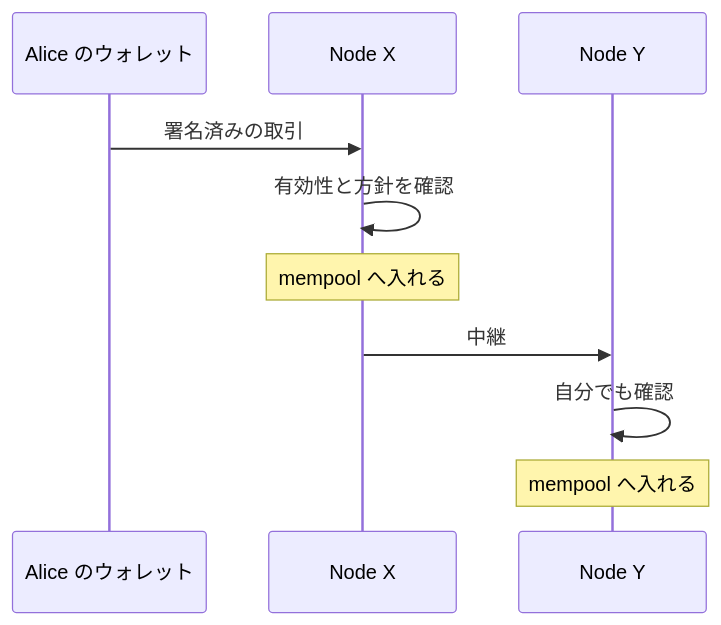
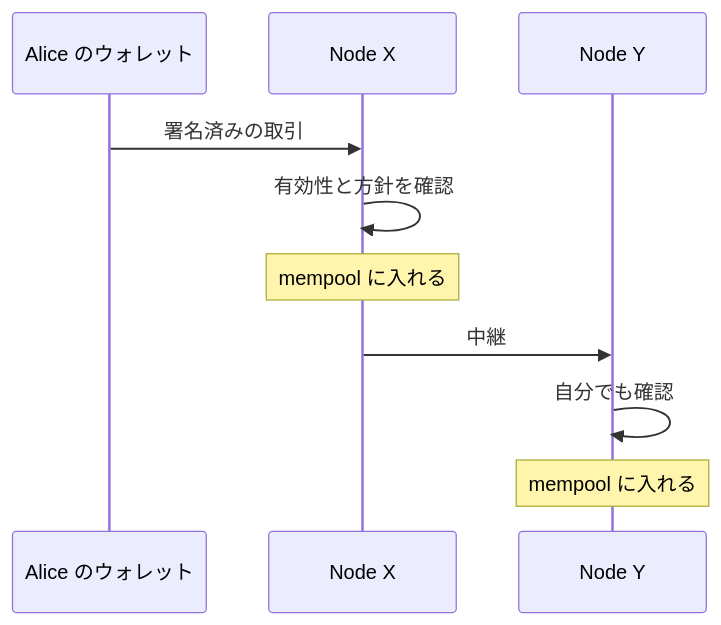
One commit to nao1215/debimate changed the fourth of 6 diagrams in content/notes/blockchain-systems/bitcoin-transaction-lifecycle/index.md. Above: the diagram before and after it, drawn with Mermaid. The commit also changed other lines of this file and 46 other files, not shown here.

````diff
--- a/content/notes/blockchain-systems/bitcoin-transaction-lifecycle/index.md
+++ b/content/notes/blockchain-systems/bitcoin-transaction-lifecycle/index.md
@@ -94,12 +94,12 @@
 ```mermaid
 sequenceDiagram
     participant W as Alice のウォレット
     participant X as Node X
     participant Y as Node Y
     W->>X: 署名済みの取引
     X->>X: 有効性と方針を確認
-    Note over X: mempool へ入れる
+    Note over X: mempool に入れる
     X->>Y: 中継
     Y->>Y: 自分でも確認
-    Note over Y: mempool へ入れる
+    Note over Y: mempool に入れる
 ```
````
